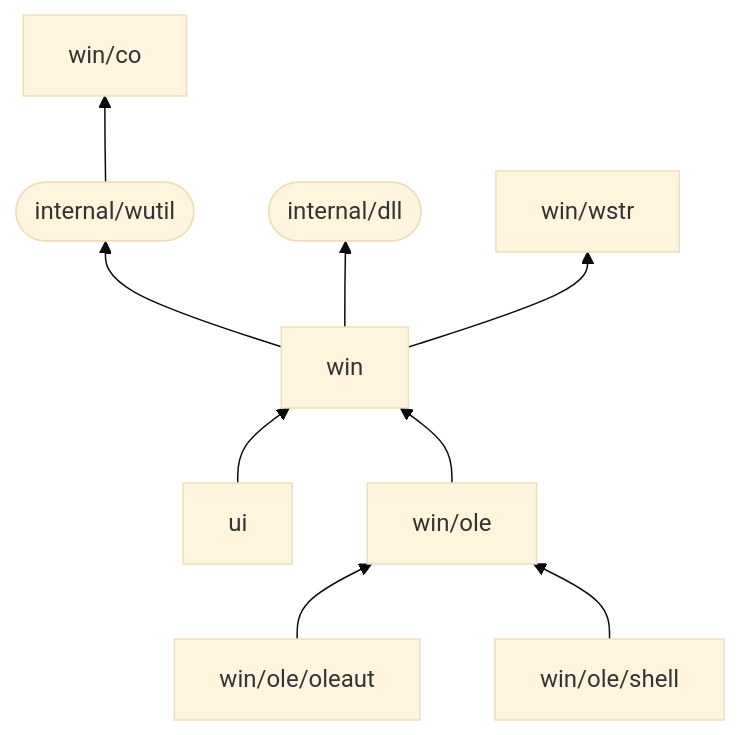
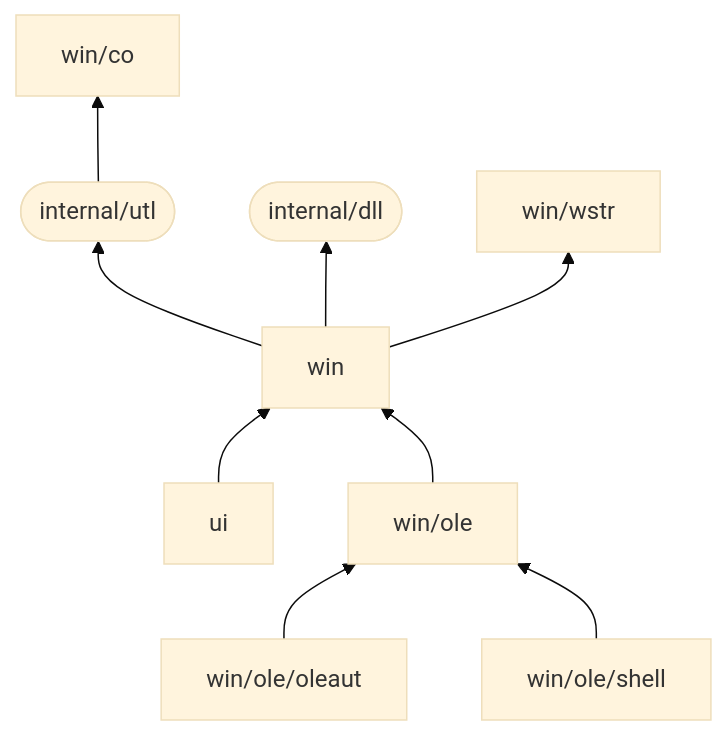
Before and after one commit to rodrigocfd/windigo: the diagram in README.md, drawn with Mermaid (base theme). The commit also changed 84 other files, not shown here.

Commit message:
Renaming internal utl package.

````diff
--- a/README.md
+++ b/README.md
@@ -115,11 +115,11 @@
 ```mermaid
 flowchart BT
-    internal/wutil([internal/wutil]) --> win/co
+    internal/utl([internal/utl]) --> win/co
     ui --> win
     win --> internal/dll([internal/dll])
-    win --> internal/wutil
+    win --> internal/utl
     win --> win/wstr
     win/ole --> win
     win/ole/oleaut --> win/ole
     win/ole/shell --> win/ole
 ```
````
